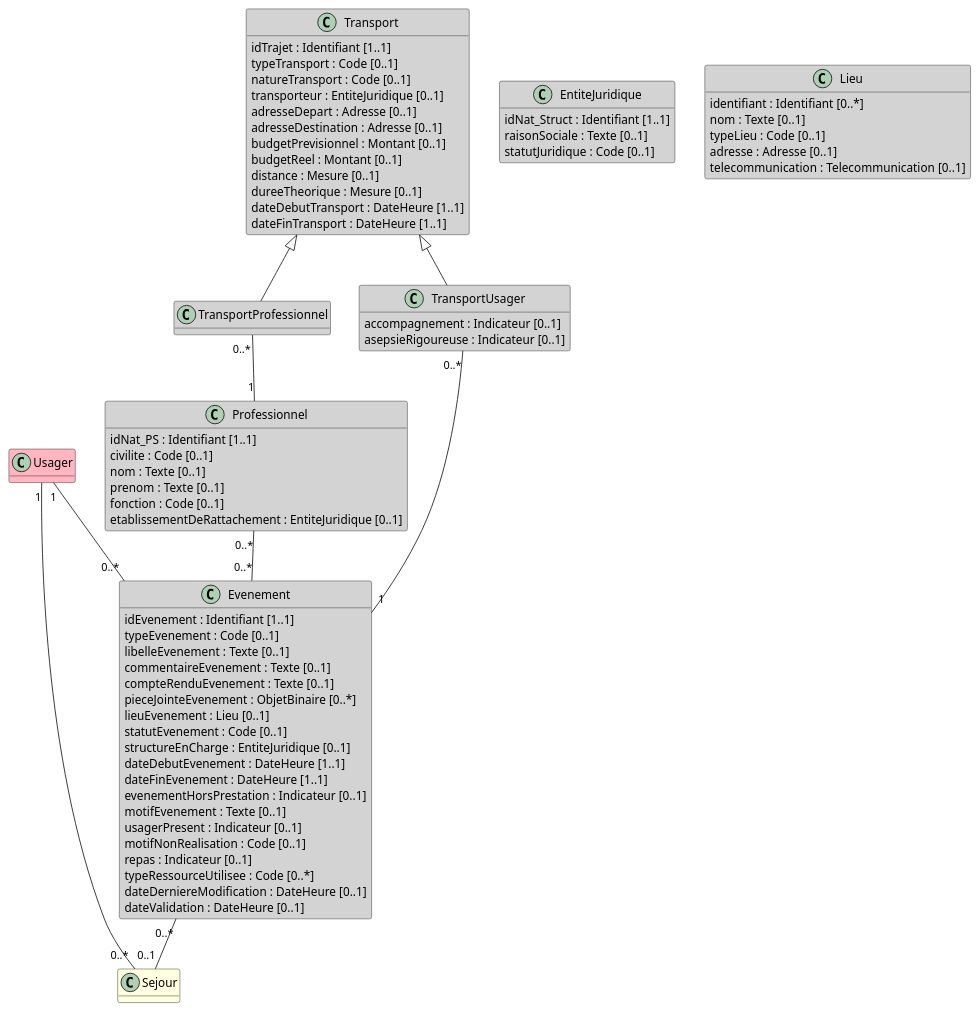
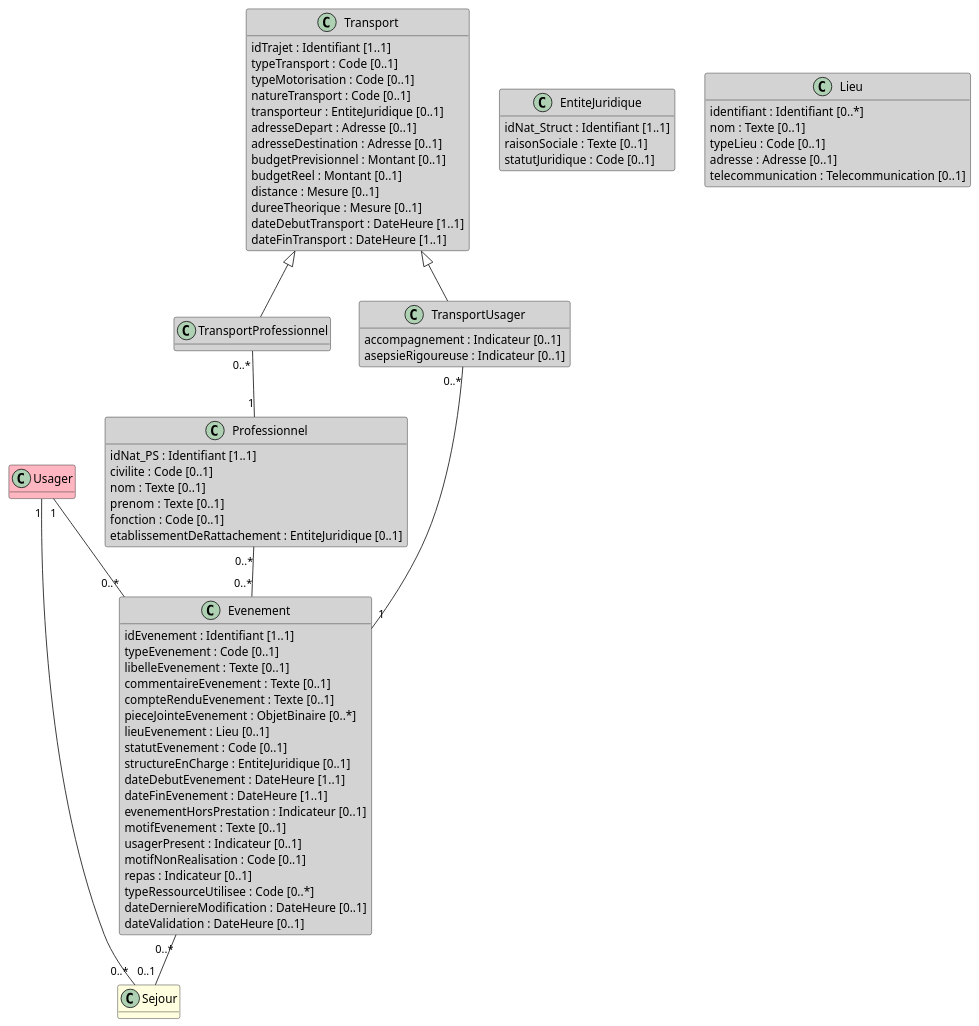
Before and after one commit to ansforge/IG-fhir-transfert-donnees-dui-esms: the diagram in input/images-source/bloc_evenement.plantuml, drawn with PlantUML.

```diff
--- a/input/images-source/bloc_evenement.plantuml
+++ b/input/images-source/bloc_evenement.plantuml
@@ -1,87 +1,88 @@
 @startuml
 
 hide empty methods
 
 class Usager #LightPink
 
 class Sejour #LightYellow
 
 class TransportProfessionnel #LightGray
 
 class Professionnel #LightGray {
     idNat_PS : Identifiant [1..1]
     civilite : Code [0..1]
     nom : Texte [0..1]
     prenom : Texte [0..1]
     fonction : Code [0..1]
     etablissementDeRattachement : EntiteJuridique [0..1]
 }
 
 class Transport #LightGray {
     idTrajet : Identifiant [1..1]
     typeTransport : Code [0..1]
+    typeMotorisation : Code [0..1]
     natureTransport : Code [0..1]
     transporteur : EntiteJuridique [0..1]
     adresseDepart : Adresse [0..1]
     adresseDestination : Adresse [0..1]
     budgetPrevisionnel : Montant [0..1]
     budgetReel : Montant [0..1]
     distance : Mesure [0..1]
     dureeTheorique : Mesure [0..1]
     dateDebutTransport : DateHeure [1..1]
     dateFinTransport : DateHeure [1..1]
 }
 
 class TransportUsager #LightGray {
     accompagnement : Indicateur [0..1]
     asepsieRigoureuse : Indicateur [0..1]
 }
 
 class Evenement #LightGray {
     idEvenement : Identifiant [1..1]
     typeEvenement : Code [0..1]
     libelleEvenement : Texte [0..1]
     commentaireEvenement : Texte [0..1]
     compteRenduEvenement : Texte [0..1]
     pieceJointeEvenement : ObjetBinaire [0..*]
     lieuEvenement : Lieu [0..1]
     statutEvenement : Code [0..1]
     structureEnCharge : EntiteJuridique [0..1]
     dateDebutEvenement : DateHeure [1..1]
     dateFinEvenement : DateHeure [1..1]
     evenementHorsPrestation : Indicateur [0..1]
     motifEvenement : Texte [0..1]
     usagerPresent : Indicateur [0..1]
     motifNonRealisation : Code [0..1]
     repas : Indicateur [0..1]
     typeRessourceUtilisee : Code [0..*]
     dateDerniereModification : DateHeure [0..1]
     dateValidation : DateHeure [0..1]
 }
 
 class EntiteJuridique #LightGray {
     idNat_Struct : Identifiant [1..1]
     raisonSociale : Texte [0..1]
     statutJuridique : Code [0..1]
 }
 
 class Lieu #LightGray {
     identifiant : Identifiant [0..*]
     nom : Texte [0..1]
     typeLieu : Code [0..1]
     adresse : Adresse [0..1]
     telecommunication : Telecommunication [0..1]
 }
 
 
 Usager "1" -- "0..*" Evenement
 Usager "1" -- "0..*" Sejour
 Evenement "0..*" -- "0..1" Sejour
 Professionnel "0..*" -- "0..*" Evenement
 Transport <|-- TransportProfessionnel
 Transport <|-- TransportUsager
 TransportUsager "0..*" -- "1" Evenement
 TransportProfessionnel "0..*" -- "1" Professionnel
 
 
 @enduml
```
